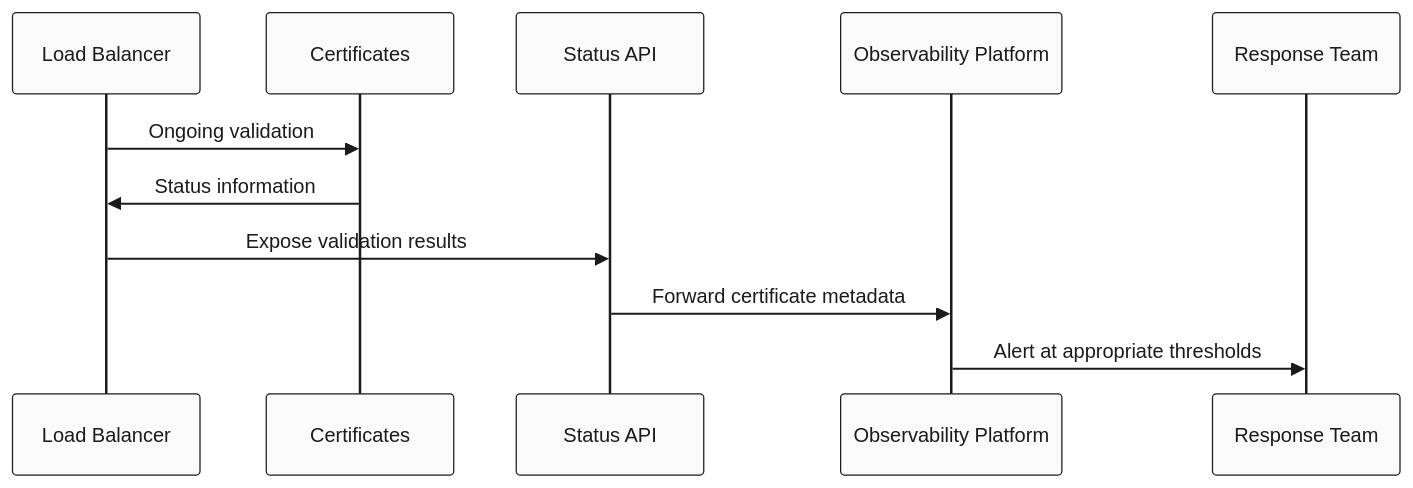
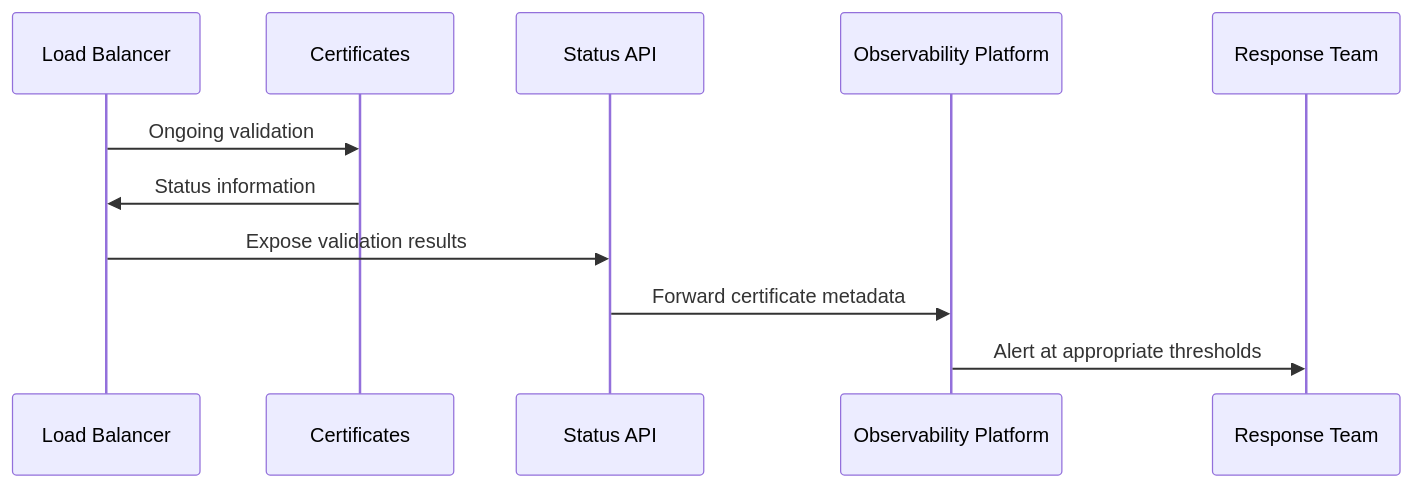
The third of 3 diagrams in content/guides/certificate-monitoring.md (radra23/scryops-site), drawn with Mermaid before and after one commit. The commit also changed other lines of this file and 15 other files, not shown here.

```diff
--- a/content/guides/certificate-monitoring.md
+++ b/content/guides/certificate-monitoring.md
@@ -96,26 +78,15 @@
 {{< mermaid >}}
-%%{init:{'theme': 'base',
-    'themeVariables': {
-      'primaryColor': '#FAFAFA',
-      'primaryTextColor': '#1B1B1B',
-      'primaryBorderColor': '#1B1B1B',
-      'lineColor': '#1B1B1B',
-      'activationBkgColor':'#2EB2B1',
-      'activationBorderColor':'#2EB2B1'
-    }
-  }
-}%%
 sequenceDiagram
     participant LB as Load Balancer
     participant Cert as Certificates
     participant API as Status API
     participant NR as Observability Platform
     participant Team as Response Team
 
     LB->>Cert: Ongoing validation
     Cert->>LB: Status information
     LB->>API: Expose validation results
     API->>NR: Forward certificate metadata
     NR->>Team: Alert at appropriate thresholds
 
 {{< /mermaid >}}
```
